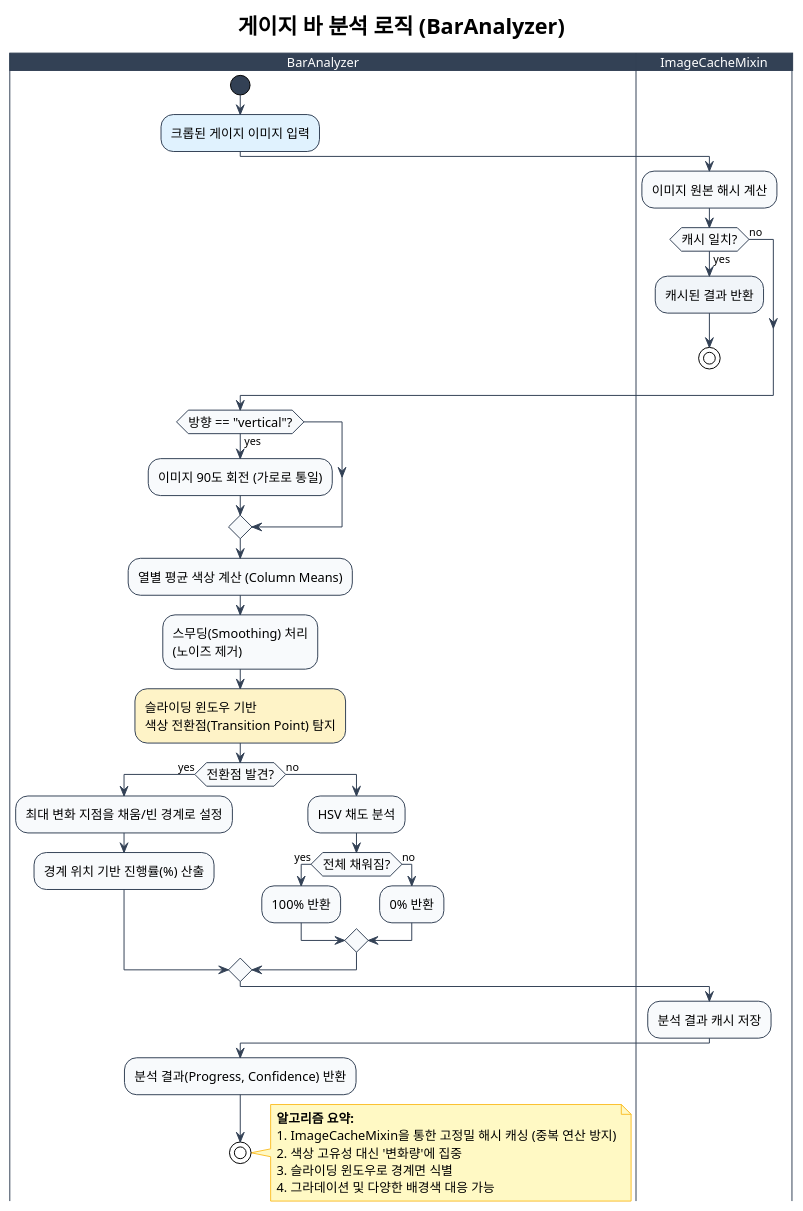
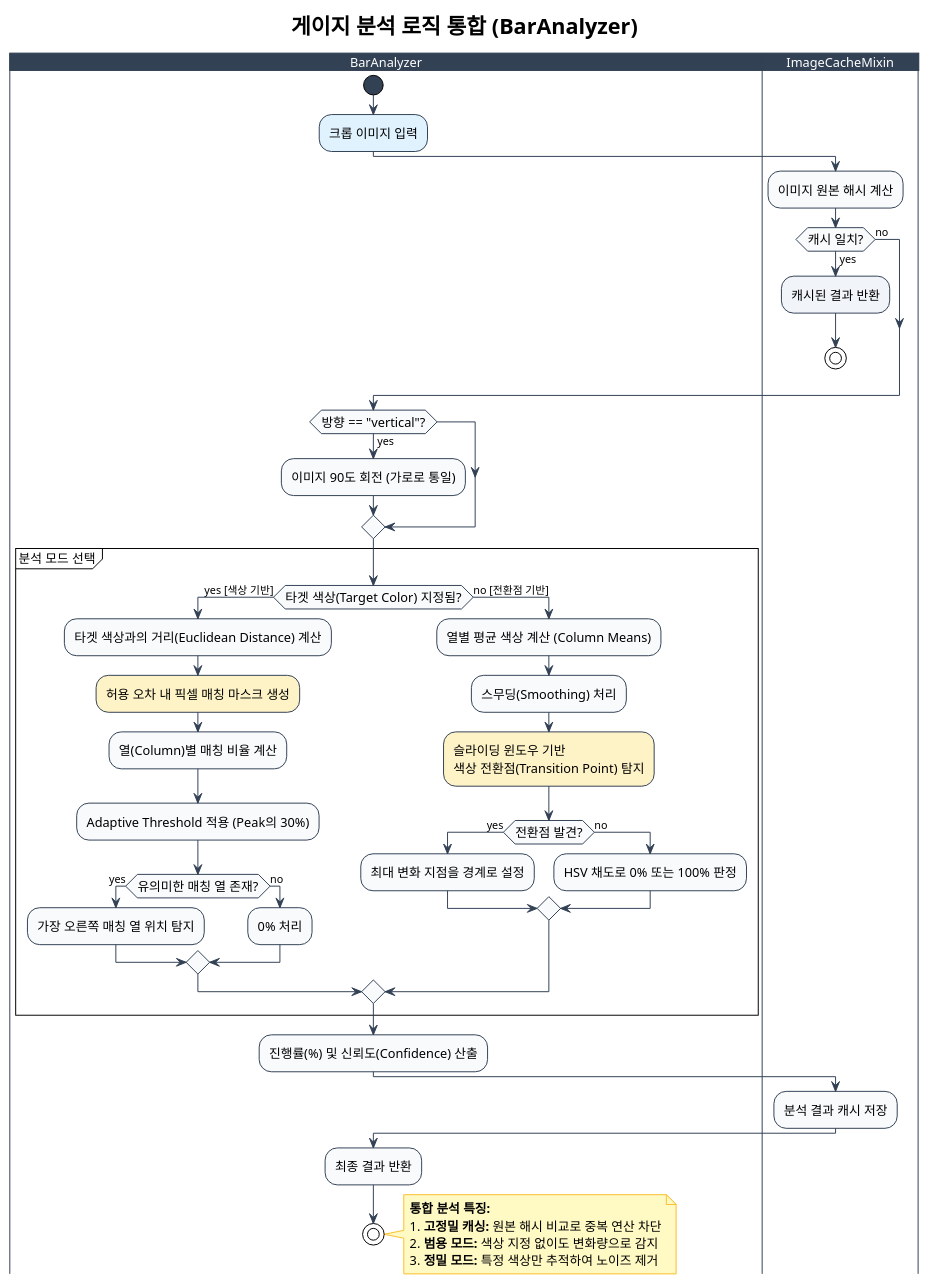
Before and after one commit to doubtmyself/ProgeressEye: the diagram in docs/pc-agent/diagrams/gauge-bar-analysis.puml, drawn with PlantUML.

Commit message:
docs(pc-agent): unify gauge analysis diagrams into a single BarAnalyzer flowchart
- Merge color-based and transition-point analysis logic into one PUML
- Remove redundant gauge-color-analysis.puml
- Update technical specification links

```diff
--- a/docs/pc-agent/diagrams/gauge-bar-analysis.puml
+++ b/docs/pc-agent/diagrams/gauge-bar-analysis.puml
@@ -1,76 +1,82 @@
 @startuml
 !theme plain
-title 게이지 바 분석 로직 (BarAnalyzer)
+title 게이지 분석 로직 통합 (BarAnalyzer)
 
 skinparam defaultFontSize 13
 skinparam ArrowFontSize 11
 skinparam swimlane {
   BorderColor #334155
   TitleBackgroundColor #334155
   TitleFontColor #FFFFFF
 }
 skinparam activity {
   BackgroundColor #F8FAFC
   BorderColor #334155
   FontColor #000000
   StartColor #334155
   EndColor #334155
 }
 skinparam ArrowColor #334155
 skinparam note {
   BackgroundColor #FFF9C4
   BorderColor #FBC02D
   FontColor #000000
 }
 
 |BarAnalyzer|
 start
-#E0F2FE:크롭된 게이지 이미지 입력;
+#E0F2FE:크롭 이미지 입력;
 
 |ImageCacheMixin|
 :이미지 원본 해시 계산;
 if (캐시 일치?) then (yes)
   #F1F5F9:캐시된 결과 반환;
   stop
 else (no)
 endif
 
 |BarAnalyzer|
 if (방향 == "vertical"?) then (yes)
   :이미지 90도 회전 (가로로 통일);
 endif
 
-:열별 평균 색상 계산 (Column Means);
+partition "분석 모드 선택" {
+  if (타겟 색상(Target Color) 지정됨?) then (yes [색상 기반])
+    :타겟 색상과의 거리(Euclidean Distance) 계산;
+    #FEF3C7:허용 오차 내 픽셀 매칭 마스크 생성;
+    :열(Column)별 매칭 비율 계산;
+    :Adaptive Threshold 적용 (Peak의 30%);
+    if (유의미한 매칭 열 존재?) then (yes)
+      :가장 오른쪽 매칭 열 위치 탐지;
+    else (no)
+      :0% 처리;
+    endif
+  else (no [전환점 기반])
+    :열별 평균 색상 계산 (Column Means);
+    :스무딩(Smoothing) 처리;
+    #FEF3C7:슬라이딩 윈도우 기반\n색상 전환점(Transition Point) 탐지;
+    if (전환점 발견?) then (yes)
+      :최대 변화 지점을 경계로 설정;
+    else (no)
+      :HSV 채도로 0% 또는 100% 판정;
+    endif
+  endif
+}
 
-:스무딩(Smoothing) 처리\n(노이즈 제거);
-
-#FEF3C7:슬라이딩 윈도우 기반\n색상 전환점(Transition Point) 탐지;
-
-if (전환점 발견?) then (yes)
-  :최대 변화 지점을 채움/빈 경계로 설정;
-  :경계 위치 기반 진행률(%) 산출;
-else (no)
-  :HSV 채도 분석;
-  if (전체 채워짐?) then (yes)
-    :100% 반환;
-  else (no)
-    :0% 반환;
-  endif
-endif
+:진행률(%) 및 신뢰도(Confidence) 산출;
 
 |ImageCacheMixin|
 :분석 결과 캐시 저장;
 
 |BarAnalyzer|
-#F8FAFC:분석 결과(Progress, Confidence) 반환;
+#F8FAFC:최종 결과 반환;
 stop
 
 note right
-  **알고리즘 요약:**
-  1. ImageCacheMixin을 통한 고정밀 해시 캐싱 (중복 연산 방지)
-  2. 색상 고유성 대신 '변화량'에 집중
-  3. 슬라이딩 윈도우로 경계면 식별
-  4. 그라데이션 및 다양한 배경색 대응 가능
+  **통합 분석 특징:**
+  1. **고정밀 캐싱:** 원본 해시 비교로 중복 연산 차단
+  2. **범용 모드:** 색상 지정 없이도 변화량으로 감지
+  3. **정밀 모드:** 특정 색상만 추적하여 노이즈 제거
 end note
 
 @enduml
```
